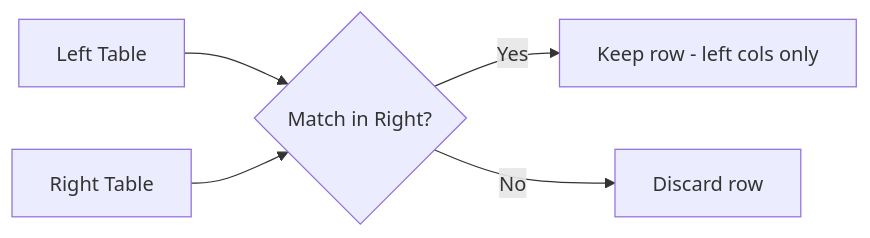
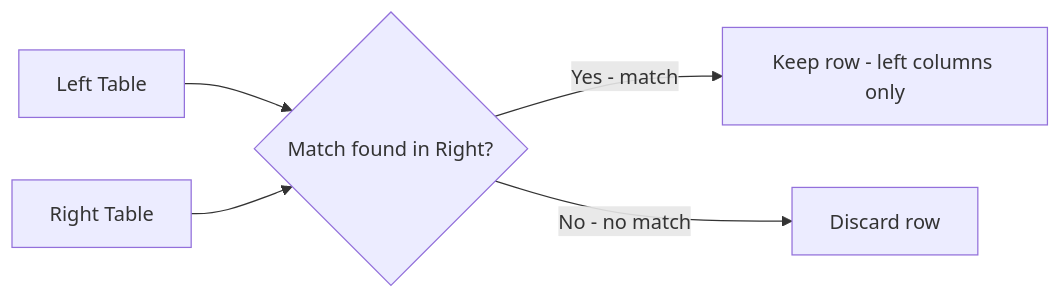
One commit to mahfooziiitian/spark-batch changed the first of 3 diagrams in spark-sql/docs/querying/joins/types/left_semi.md. Above: the diagram before and after it, drawn with Mermaid. The commit also changed other lines of this file and 130 other files, not shown here.

````diff
--- a/spark-sql/docs/querying/joins/types/left_semi.md
+++ b/spark-sql/docs/querying/joins/types/left_semi.md
@@ -10,7 +13,7 @@
 ```mermaid
 graph LR
-    L[Left Table] --> J{Match in Right?}
+    L[Left Table] --> J{Match found in Right?}
     R[Right Table] --> J
-    J -->|Yes| O[Keep row - left cols only]
-    J -->|No| X[Discard row]
+    J -->|Yes - match| O[Keep row - left columns only]
+    J -->|No - no match| X[Discard row]
 ```
````
